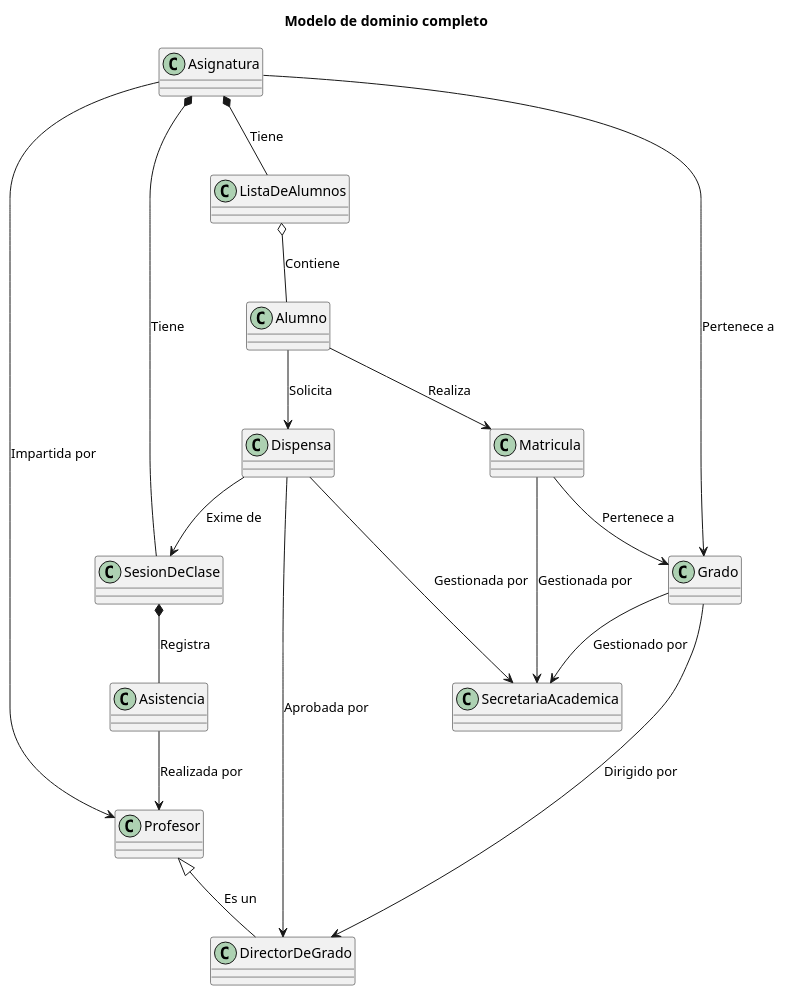
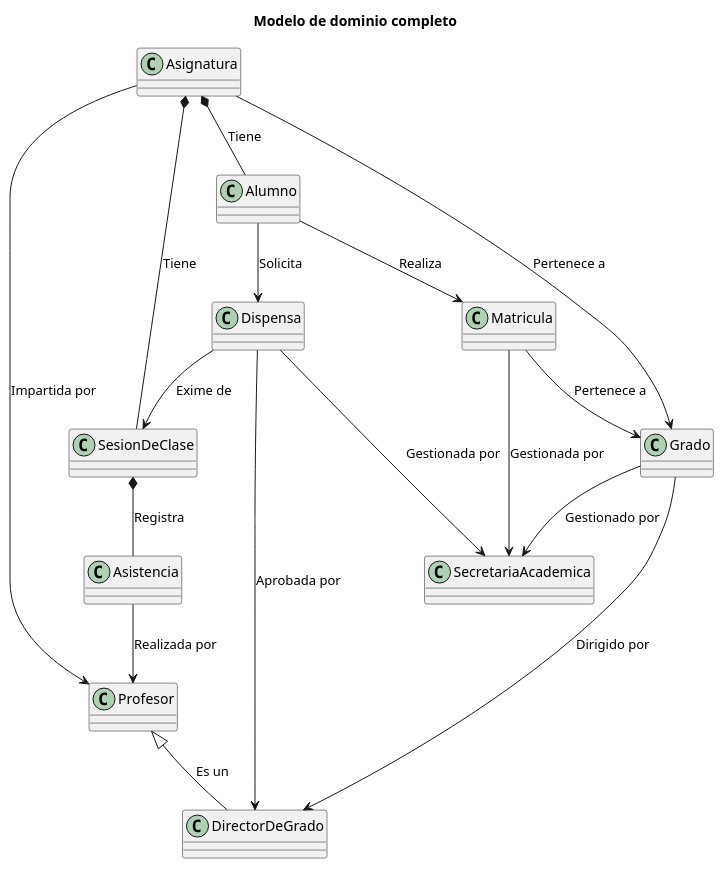
One commit to enmabry/25-26-IdSw1-SdR changed the diagram in documents/ModeloDelDominio/DiagramasDeClase/ModeloCompleto.puml. Above: the diagram before and after it, drawn with PlantUML. The commit also changed 22 other files, not shown here.

```diff
--- a/documents/ModeloDelDominio/DiagramasDeClase/ModeloCompleto.puml
+++ b/documents/ModeloDelDominio/DiagramasDeClase/ModeloCompleto.puml
@@ -1,35 +1,32 @@
 @startuml
 
 title Modelo de dominio completo
 
 class Alumno
 class Matricula
 class Asignatura
 class Dispensa
 class Asistencia
-class ListaDeAlumnos
 class Profesor
 class Grado
 class DirectorDeGrado
 class SecretariaAcademica 
 class SesionDeClase
 
 Alumno --> Matricula : Realiza
 Alumno --> Dispensa : Solicita
 Matricula --> Grado : Pertenece a
 Matricula --> SecretariaAcademica : Gestionada por
 Asignatura --> Grado : Pertenece a
-Asignatura *-- ListaDeAlumnos : Tiene
+Asignatura *-- Alumno : Tiene
 Asignatura *-- SesionDeClase : Tiene
 Asignatura --> Profesor : Impartida por
-ListaDeAlumnos o-- Alumno : Contiene
 SesionDeClase *-- Asistencia : Registra
 Asistencia --> Profesor : Realizada por
 Dispensa --> SesionDeClase : Exime de
 Dispensa --> DirectorDeGrado : Aprobada por
 Dispensa --> SecretariaAcademica : Gestionada por
 Grado --> DirectorDeGrado : Dirigido por
 Grado --> SecretariaAcademica : Gestionado por
 DirectorDeGrado -u-|> Profesor : Es un
-
 @enduml
```
